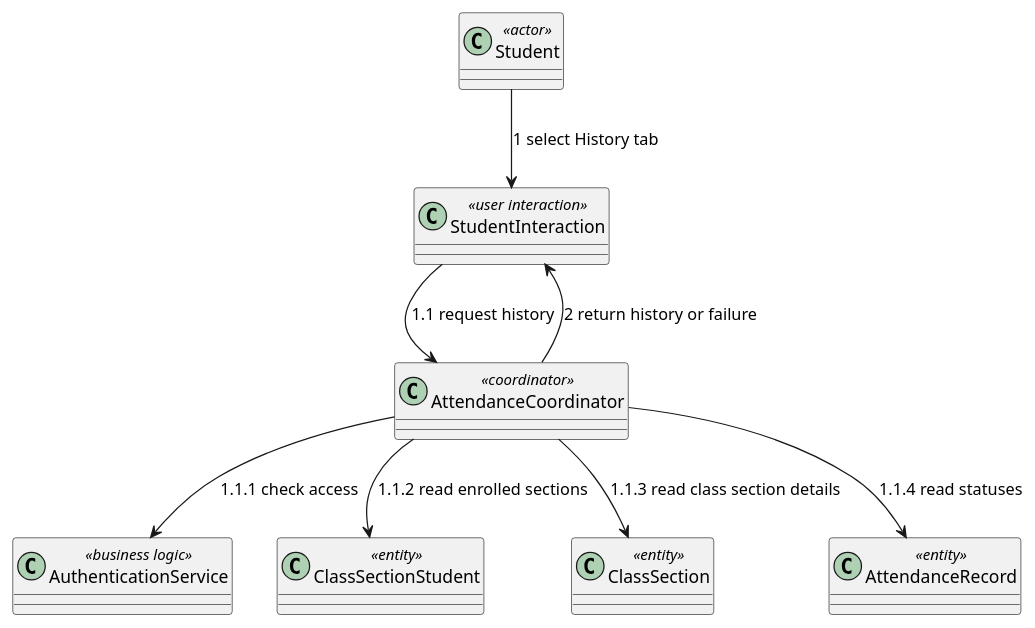
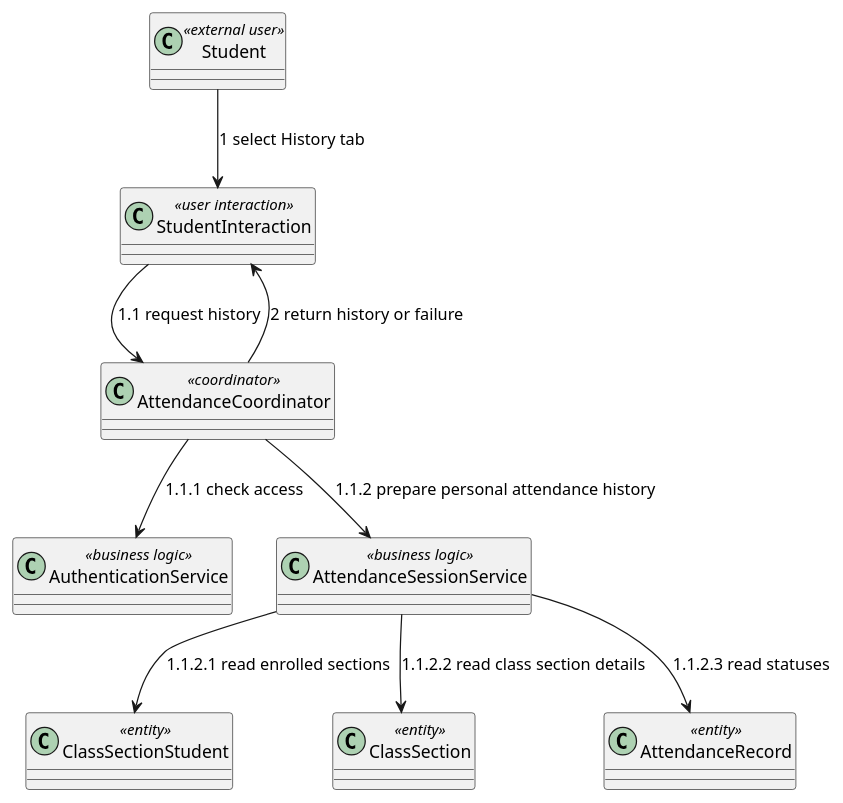
Diagram 12 of 29 in docs/sds/2_Analysis.md (nttung42/SWD392), drawn with PlantUML before and after one commit. The commit also changed other lines of this file and 1 other file, not shown here.

````diff
--- a/docs/sds/2_Analysis.md
+++ b/docs/sds/2_Analysis.md
@@ -608,19 +613,21 @@
 ```plantuml
 @startuml
-class "Student" as Student <<actor>>
+class "Student" as Student <<external user>>
 class "StudentInteraction" as StudentUI <<user interaction>>
 class "AttendanceCoordinator" as HistoryControl <<coordinator>>
 class "AuthenticationService" as AuthRules <<business logic>>
+class "AttendanceSessionService" as HistoryRules <<business logic>>
 class "ClassSectionStudent" as ClassSectionStudent <<entity>>
 class "ClassSection" as ClassSection <<entity>>
 class "AttendanceRecord" as AttendanceRecord <<entity>>
 
 Student --> StudentUI : 1 select History tab
 StudentUI --> HistoryControl : 1.1 request history
 HistoryControl --> AuthRules : 1.1.1 check access
-HistoryControl --> ClassSectionStudent : 1.1.2 read enrolled sections
-HistoryControl --> ClassSection : 1.1.3 read class section details
-HistoryControl --> AttendanceRecord : 1.1.4 read statuses
+HistoryControl --> HistoryRules : 1.1.2 prepare personal attendance history
+HistoryRules --> ClassSectionStudent : 1.1.2.1 read enrolled sections
+HistoryRules --> ClassSection : 1.1.2.2 read class section details
+HistoryRules --> AttendanceRecord : 1.1.2.3 read statuses
 HistoryControl --> StudentUI : 2 return history or failure
 @enduml
 ```
````
